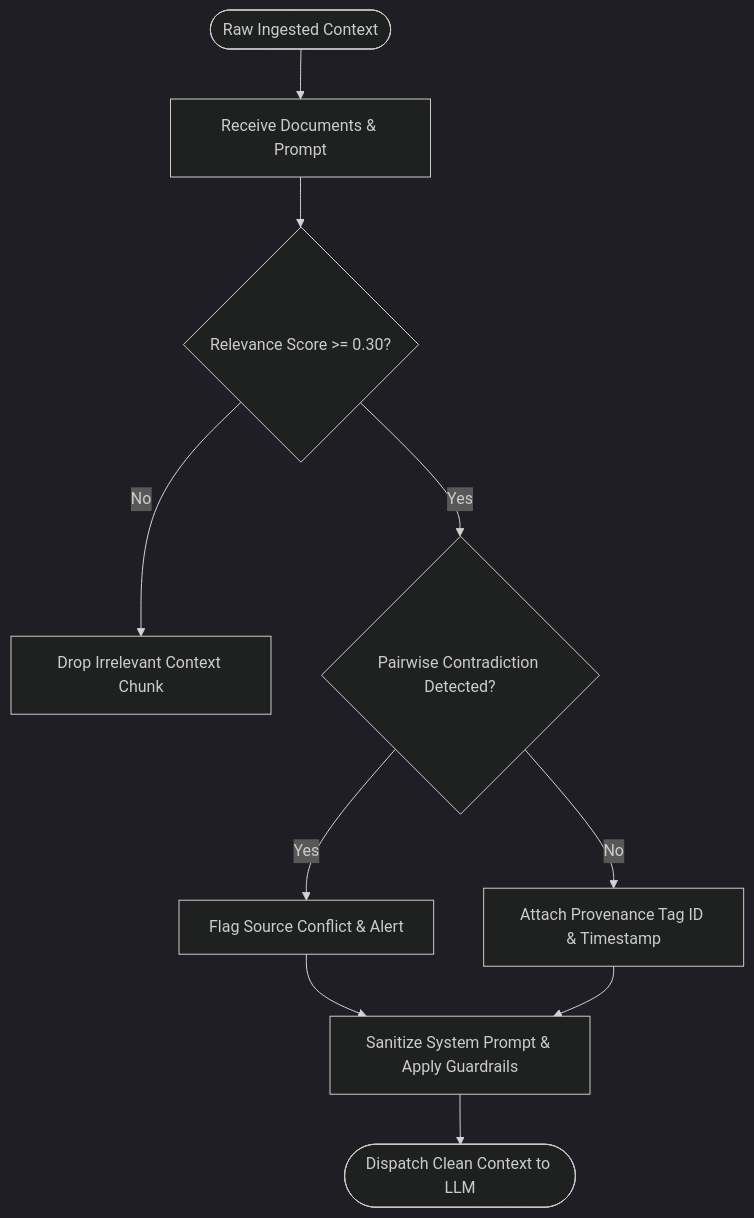
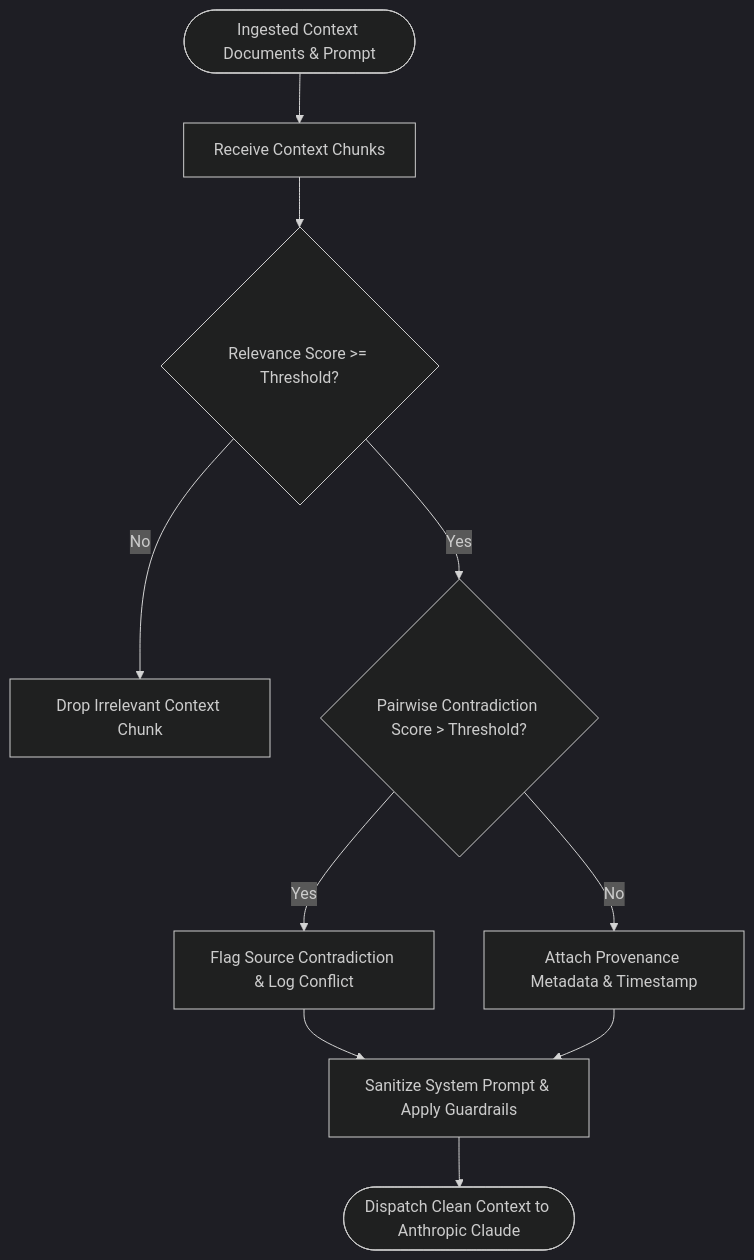
The third of 6 diagrams in README.md (Vishallakshmikanthan/agent-runtime-core), drawn with Mermaid (dark theme) before and after one commit. The commit also changed other lines of this file, not shown here.

````diff
--- a/README.md
+++ b/README.md
@@ -287,12 +275,12 @@
 ```mermaid
 flowchart TD
-    Start([Raw Ingested Context]) --> Input[Receive Documents & Prompt]
-    Input --> RelScore{Relevance Score >= 0.30?}
+    Start([Ingested Context Documents & Prompt]) --> Receive[Receive Context Chunks]
+    Receive --> RelScore{Relevance Score >= Threshold?}
     RelScore -- No --> Drop[Drop Irrelevant Context Chunk]
-    RelScore -- Yes --> ConflictCheck{Pairwise Contradiction Detected?}
-    ConflictCheck -- Yes --> FlagConflict[Flag Source Conflict & Alert]
-    ConflictCheck -- No --> ProvTag[Attach Provenance Tag ID & Timestamp]
+    RelScore -- Yes --> ConflictCheck{Pairwise Contradiction Score > Threshold?}
+    ConflictCheck -- Yes --> FlagConflict[Flag Source Contradiction & Log Conflict]
+    ConflictCheck -- No --> ProvTag[Attach Provenance Metadata & Timestamp]
     FlagConflict --> Sanitize[Sanitize System Prompt & Apply Guardrails]
     ProvTag --> Sanitize
-    Sanitize --> Dispatch([Dispatch Clean Context to LLM])
+    Sanitize --> Dispatch([Dispatch Clean Context to Anthropic Claude])
 ```
````
